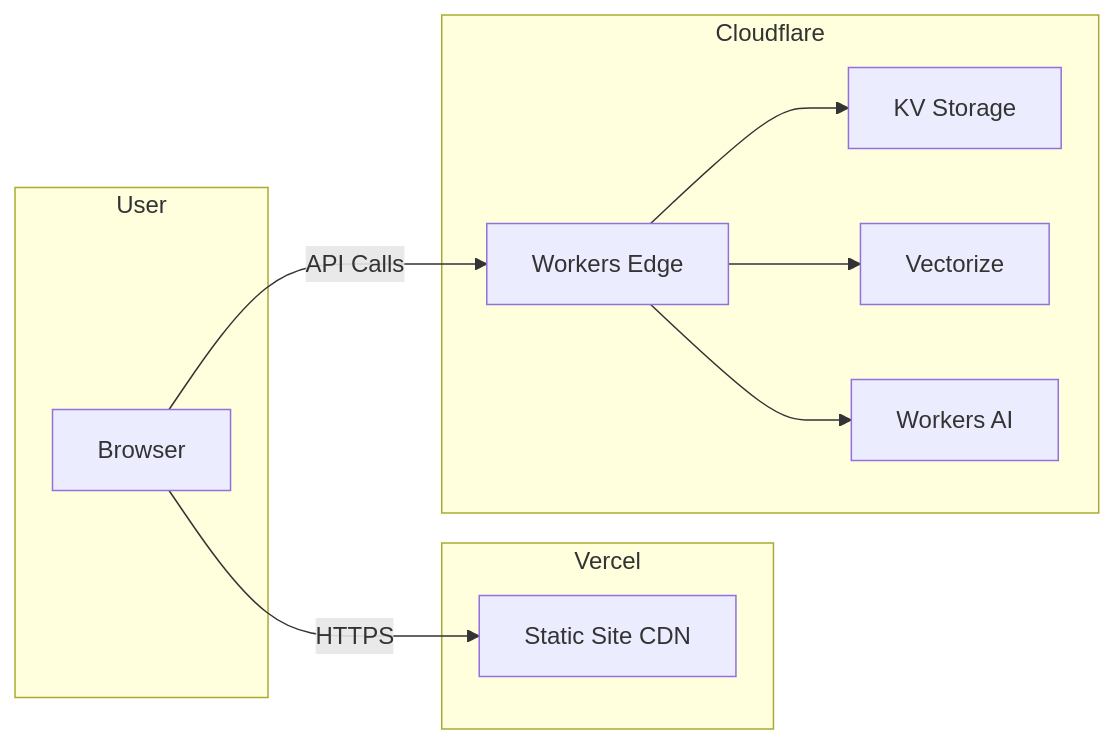
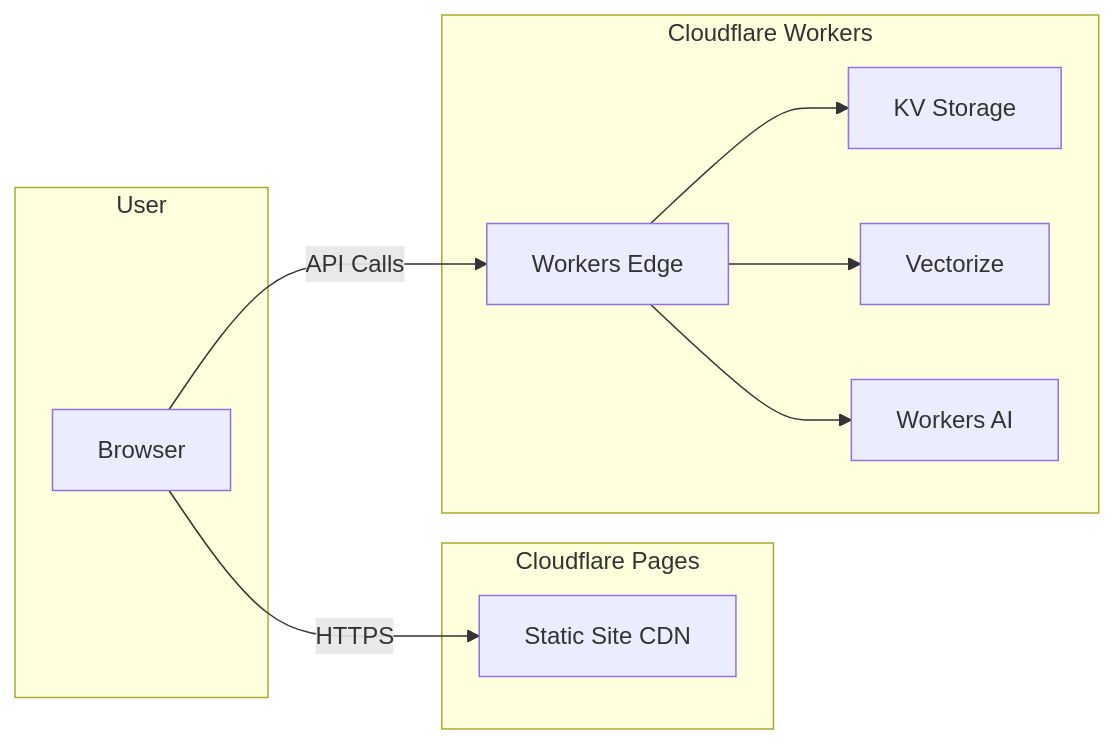
One commit to ChanMeng666/ai-programming-teaching-project changed the fourth of 4 diagrams in README.md. Above: the diagram before and after it, drawn with Mermaid. The commit also changed other lines of this file and 4 other files, not shown here.

````diff
--- a/README.md
+++ b/README.md
@@ -617,23 +678,23 @@
 ```mermaid
 graph LR
     subgraph "User"
         A[Browser]
     end
 
-    subgraph "Vercel"
+    subgraph "Cloudflare Pages"
         B[Static Site CDN]
     end
 
-    subgraph "Cloudflare"
+    subgraph "Cloudflare Workers"
         C[Workers Edge]
         D[KV Storage]
         E[Vectorize]
         F[Workers AI]
     end
 
     A -->|HTTPS| B
     A -->|API Calls| C
     C --> D
     C --> E
     C --> F
 ```
````
